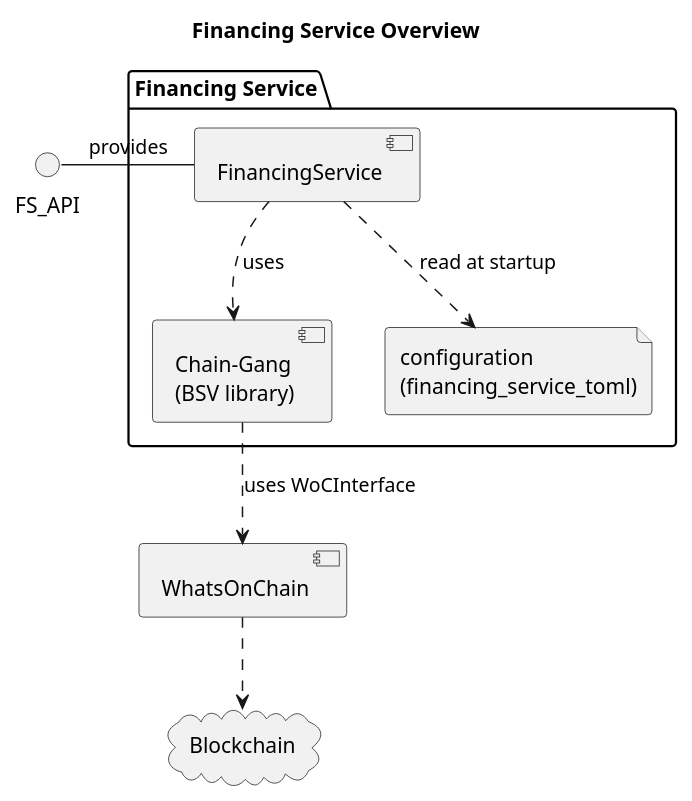
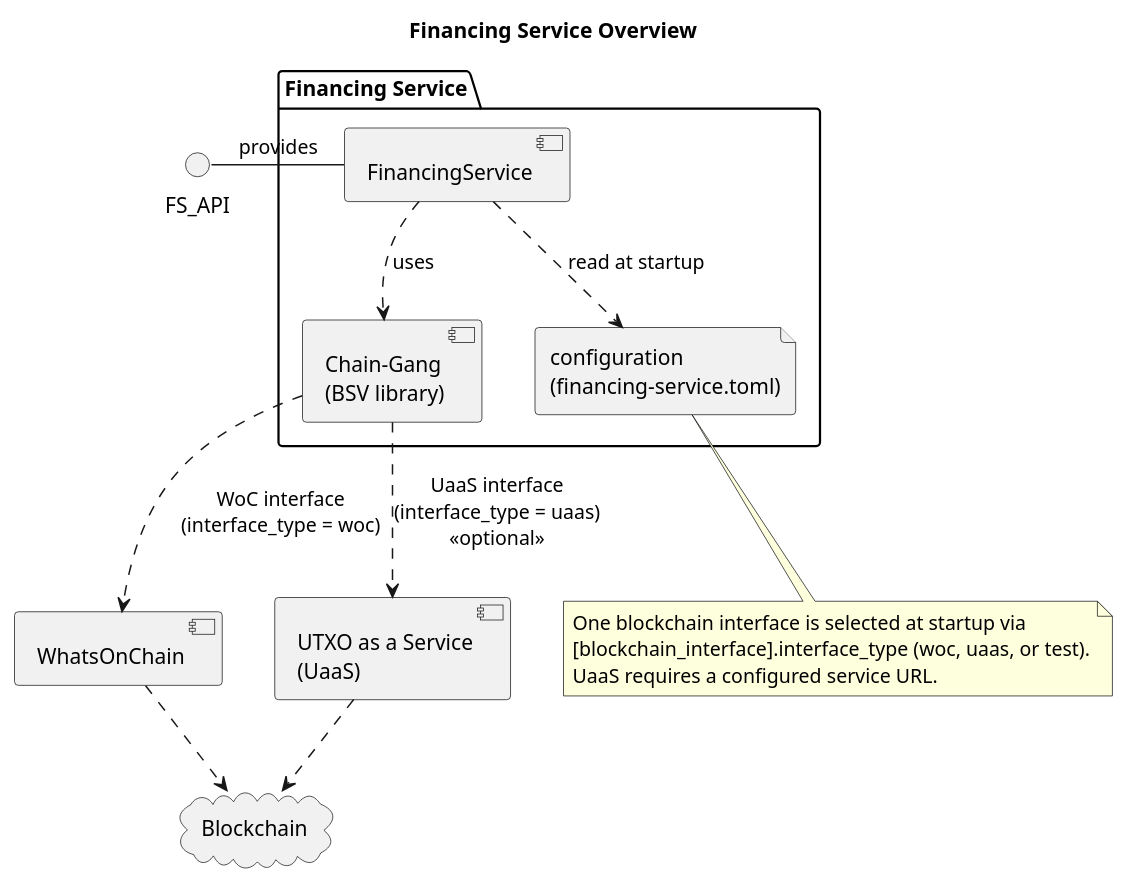
Before and after one commit to nchain-innovation/financing-service: the diagram in docs/diagrams/overview.puml, drawn with PlantUML. The commit also changed 2 other files, not shown here.

Commit message:
Show optional UaaS blockchain interface in overview diagram.
Update overview PlantUML and PNG to document WoC and UaaS paths via chain-gang, and align README overview text.

```diff
--- a/docs/diagrams/overview.puml
+++ b/docs/diagrams/overview.puml
@@ -1,23 +1,31 @@
 @startuml
 title Financing Service Overview
 
 interface FS_API
 package "Financing Service" {
     FS_API - [FinancingService] : provides
-    [Chain-Gang\n(BSV library)] 
-    file "configuration\n(financing_service_toml)" as fs_toml
-   
-    [FinancingService] ..> fs_toml: read at startup
+    [Chain-Gang\n(BSV library)]
+    file "configuration\n(financing-service.toml)" as fs_toml
 
+    [FinancingService] ..> fs_toml : read at startup
 }
 
 cloud "Blockchain" {
 }
-[FinancingService] ..> [Chain-Gang\n(BSV library)]: uses
 
-[Chain-Gang\n(BSV library)] ..> [WhatsOnChain] : uses WoCInterface
+[FinancingService] ..> [Chain-Gang\n(BSV library)] : uses
+
+[Chain-Gang\n(BSV library)] ..> [WhatsOnChain] : WoC interface\n(interface_type = woc)
+
+[Chain-Gang\n(BSV library)] ..> [UTXO as a Service\n(UaaS)] : UaaS interface\n(interface_type = uaas)\n<<optional>>
 
 [WhatsOnChain] ..> Blockchain
+[UTXO as a Service\n(UaaS)] ..> Blockchain
 
+note bottom of fs_toml
+  One blockchain interface is selected at startup via
+  [blockchain_interface].interface_type (woc, uaas, or test).
+  UaaS requires a configured service URL.
+end note
 
 @enduml
```
